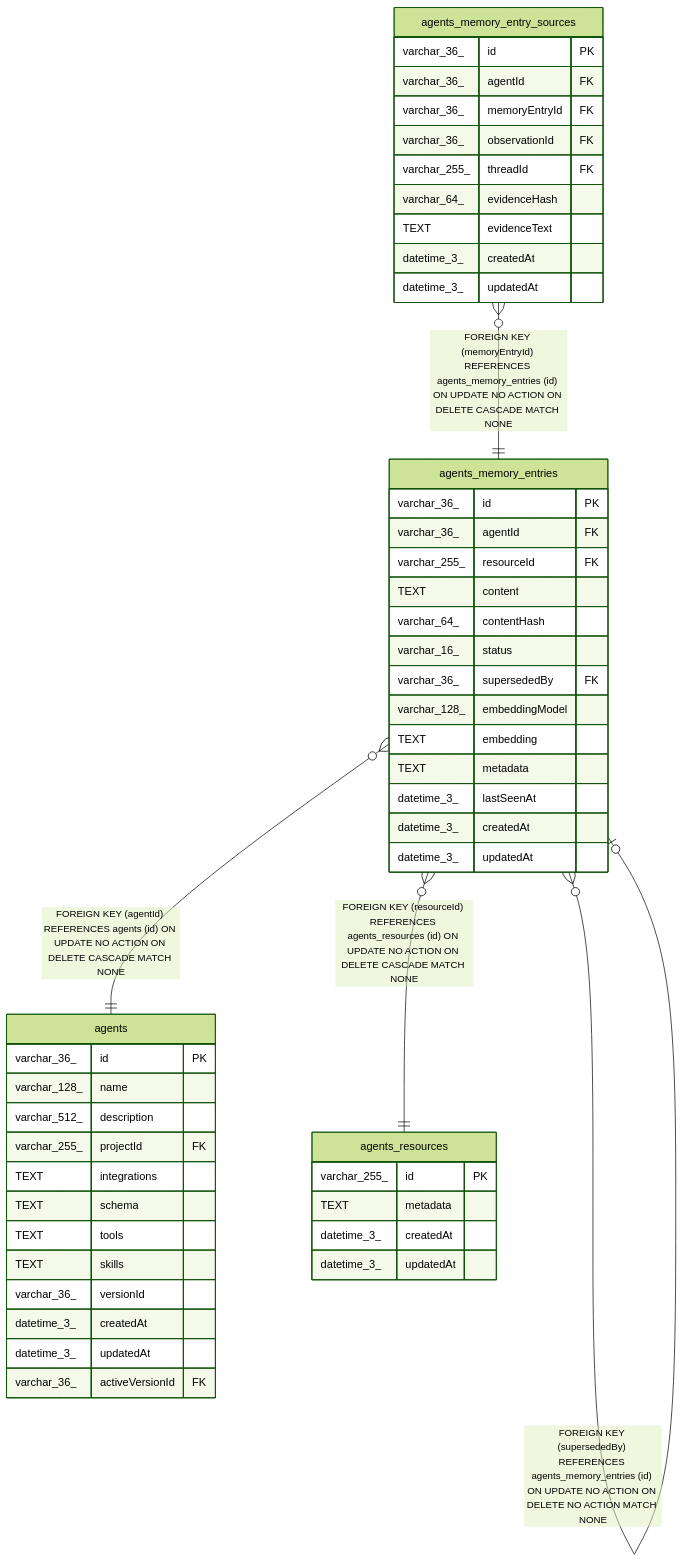
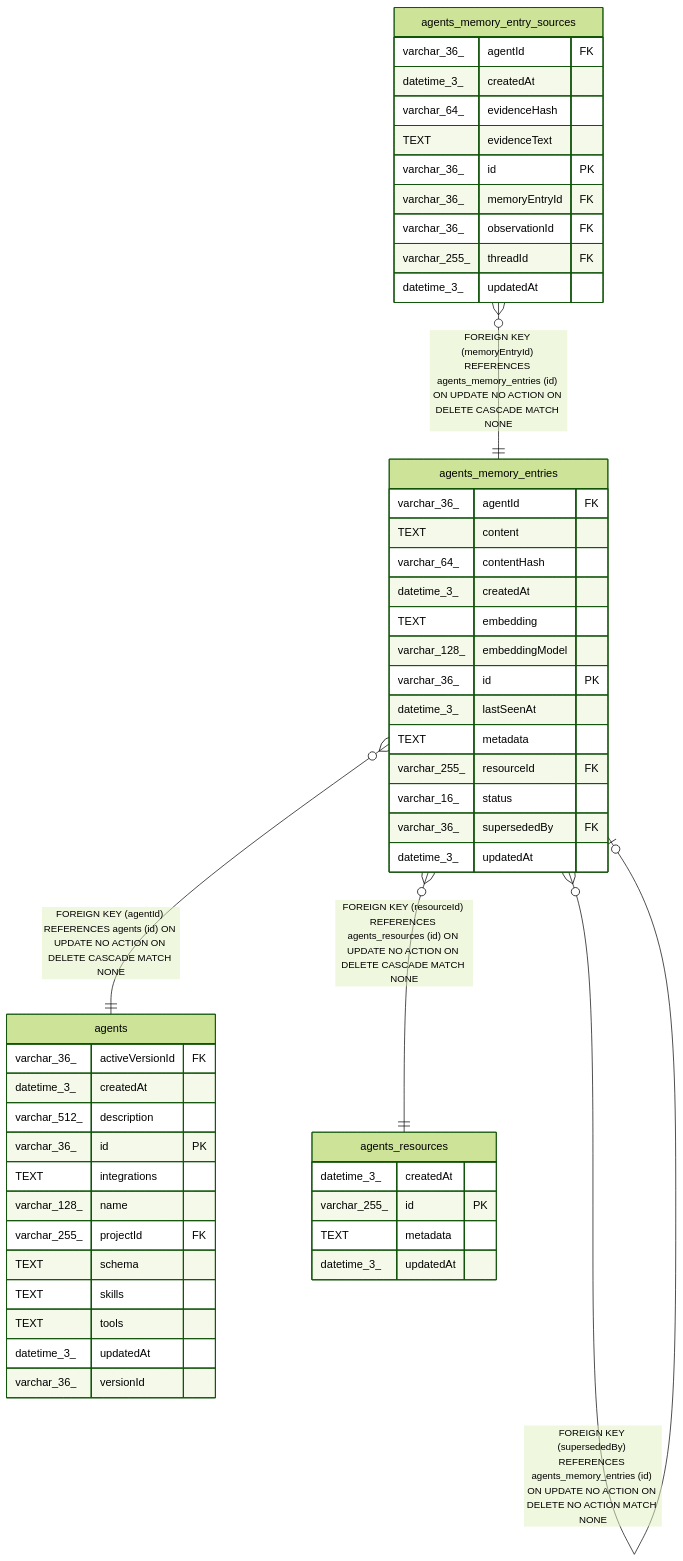
Before and after one commit to mayankjain1815-commits/n8n: the diagram in docs/generated/sqlite-schema/agents_memory_entries.md, drawn with Mermaid (forest theme). The commit also changed other lines of this file and 221 other files, not shown here.

Commit message:
chore(core): Make DB schema docs generation deterministic (#32373)

````diff
--- a/docs/generated/sqlite-schema/agents_memory_entries.md
+++ b/docs/generated/sqlite-schema/agents_memory_entries.md
@@ -55,55 +55,55 @@
 ```mermaid
 erDiagram
 
+"agents_memory_entries" }o--|| "agents" : "FOREIGN KEY (agentId) REFERENCES agents (id) ON UPDATE NO ACTION ON DELETE CASCADE MATCH NONE"
 "agents_memory_entries" }o--o| "agents_memory_entries" : "FOREIGN KEY (supersededBy) REFERENCES agents_memory_entries (id) ON UPDATE NO ACTION ON DELETE NO ACTION MATCH NONE"
 "agents_memory_entry_sources" }o--|| "agents_memory_entries" : "FOREIGN KEY (memoryEntryId) REFERENCES agents_memory_entries (id) ON UPDATE NO ACTION ON DELETE CASCADE MATCH NONE"
-"agents_memory_entries" }o--|| "agents" : "FOREIGN KEY (agentId) REFERENCES agents (id) ON UPDATE NO ACTION ON DELETE CASCADE MATCH NONE"
 "agents_memory_entries" }o--|| "agents_resources" : "FOREIGN KEY (resourceId) REFERENCES agents_resources (id) ON UPDATE NO ACTION ON DELETE CASCADE MATCH NONE"
 
 "agents_memory_entries" {
-  varchar_36_ id PK
   varchar_36_ agentId FK
-  varchar_255_ resourceId FK
   TEXT content
   varchar_64_ contentHash
+  datetime_3_ createdAt
+  TEXT embedding
+  varchar_128_ embeddingModel
+  varchar_36_ id PK
+  datetime_3_ lastSeenAt
+  TEXT metadata
+  varchar_255_ resourceId FK
   varchar_16_ status
   varchar_36_ supersededBy FK
-  varchar_128_ embeddingModel
-  TEXT embedding
-  TEXT metadata
-  datetime_3_ lastSeenAt
-  datetime_3_ createdAt
   datetime_3_ updatedAt
 }
+"agents" {
+  varchar_36_ activeVersionId FK
+  datetime_3_ createdAt
+  varchar_512_ description
+  varchar_36_ id PK
+  TEXT integrations
+  varchar_128_ name
+  varchar_255_ projectId FK
+  TEXT schema
+  TEXT skills
+  TEXT tools
+  datetime_3_ updatedAt
+  varchar_36_ versionId
+}
 "agents_memory_entry_sources" {
+  varchar_36_ agentId FK
+  datetime_3_ createdAt
+  varchar_64_ evidenceHash
+  TEXT evidenceText
   varchar_36_ id PK
-  varchar_36_ agentId FK
   varchar_36_ memoryEntryId FK
   varchar_36_ observationId FK
   varchar_255_ threadId FK
-  varchar_64_ evidenceHash
-  TEXT evidenceText
-  datetime_3_ createdAt
   datetime_3_ updatedAt
 }
-"agents" {
-  varchar_36_ id PK
-  varchar_128_ name
-  varchar_512_ description
-  varchar_255_ projectId FK
-  TEXT integrations
-  TEXT schema
-  TEXT tools
-  TEXT skills
-  varchar_36_ versionId
+"agents_resources" {
   datetime_3_ createdAt
-  datetime_3_ updatedAt
-  varchar_36_ activeVersionId FK
-}
-"agents_resources" {
   varchar_255_ id PK
   TEXT metadata
-  datetime_3_ createdAt
   datetime_3_ updatedAt
 }
 ```
````
